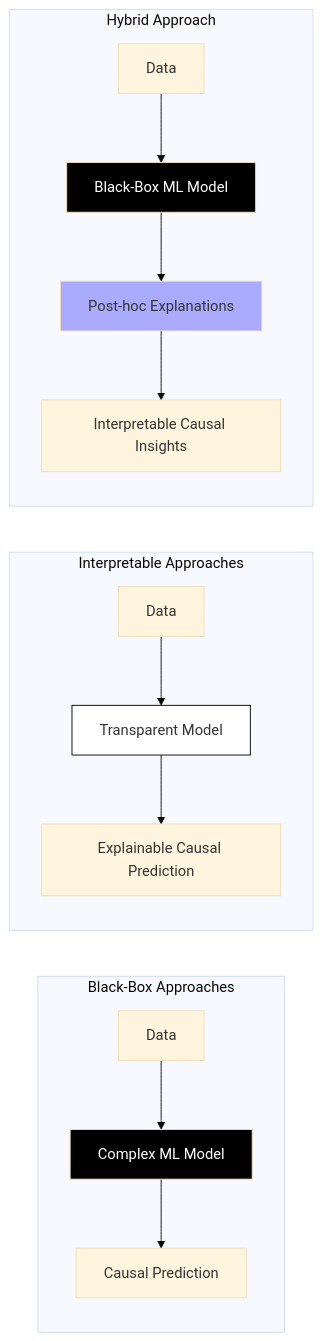
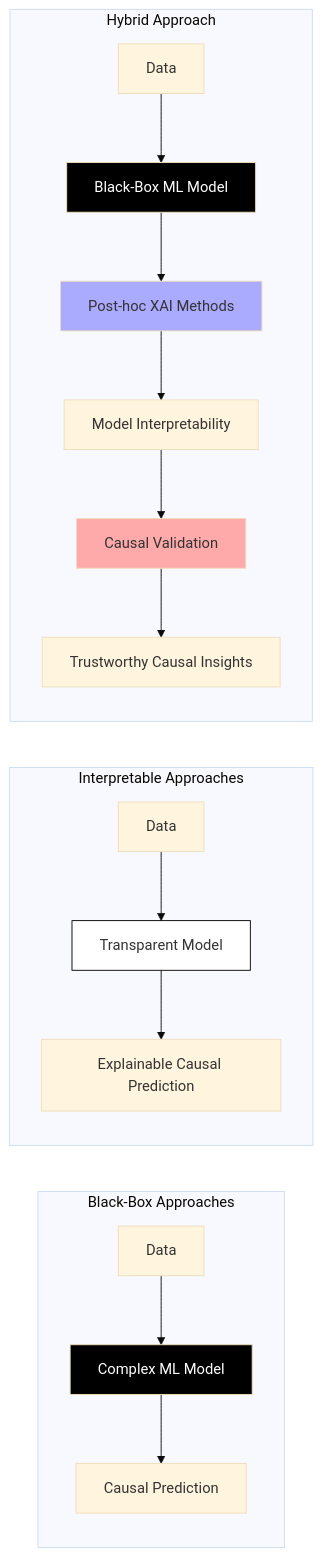
Before and after one commit to FTamas77/Theses_2025: the diagram in interpretable_ml_causal_inference.md, drawn with Mermaid (base theme).

````diff
--- a/interpretable_ml_causal_inference.md
+++ b/interpretable_ml_causal_inference.md
@@ -26,22 +26,25 @@
 ```mermaid
 graph LR
     subgraph "Black-Box Approaches"
         A[Data] --> B[Complex ML Model]
         B --> C[Causal Prediction]
         style B fill:#000,color:#fff
     end
     
     subgraph "Interpretable Approaches"
         D[Data] --> E[Transparent Model]
         E --> F[Explainable Causal Prediction]
         style E fill:#fff,stroke:#000
     end
     
     subgraph "Hybrid Approach"
         G[Data] --> H[Black-Box ML Model]
-        H --> I[Post-hoc Explanations]
-        I --> J[Interpretable Causal Insights]
+        H --> I[Post-hoc XAI Methods]
+        I --> J[Model Interpretability]
+        J --> K[Causal Validation]
+        K --> L[Trustworthy Causal Insights]
         style H fill:#000,color:#fff
         style I fill:#aaf
+        style K fill:#faa
     end
 ```
````
